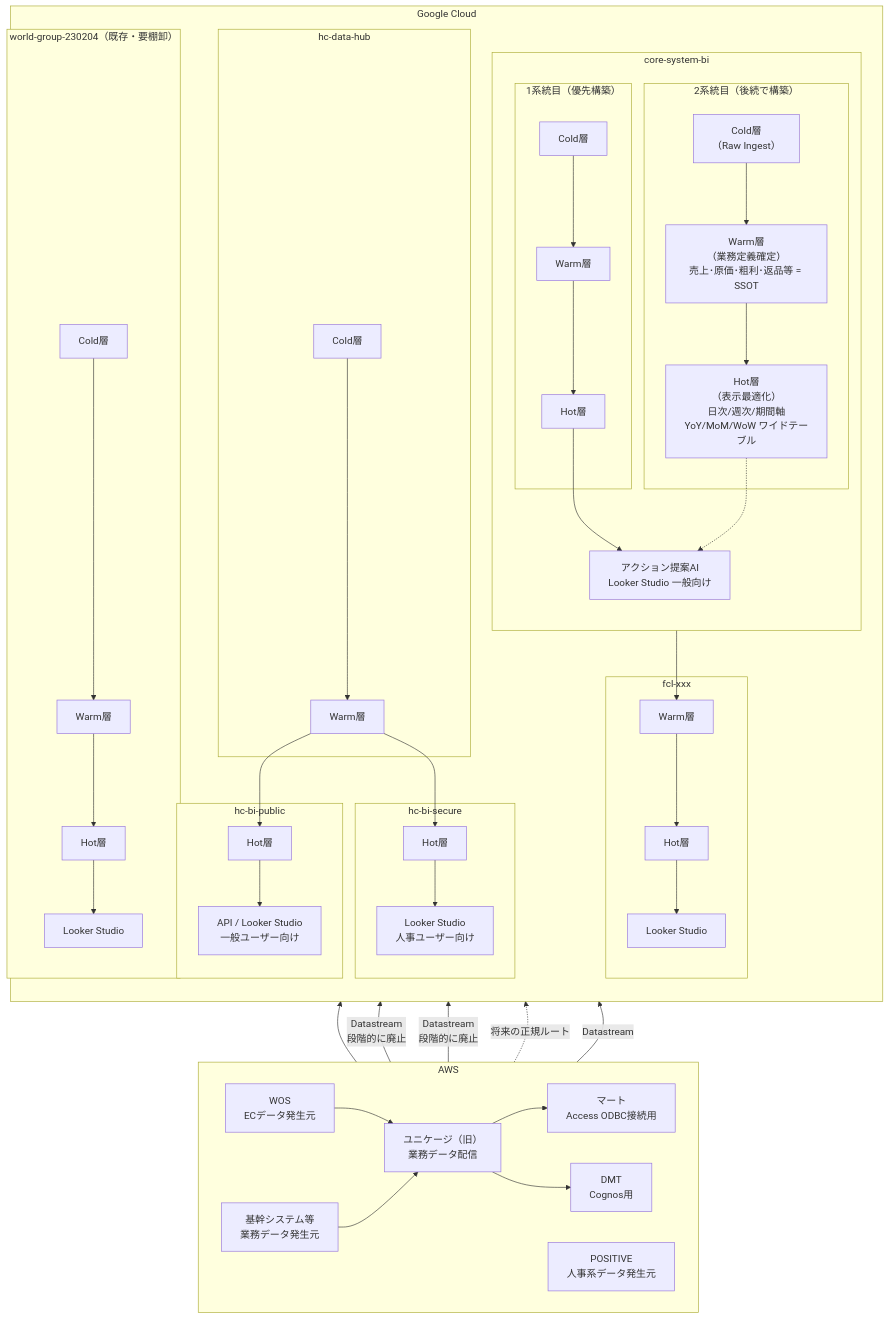
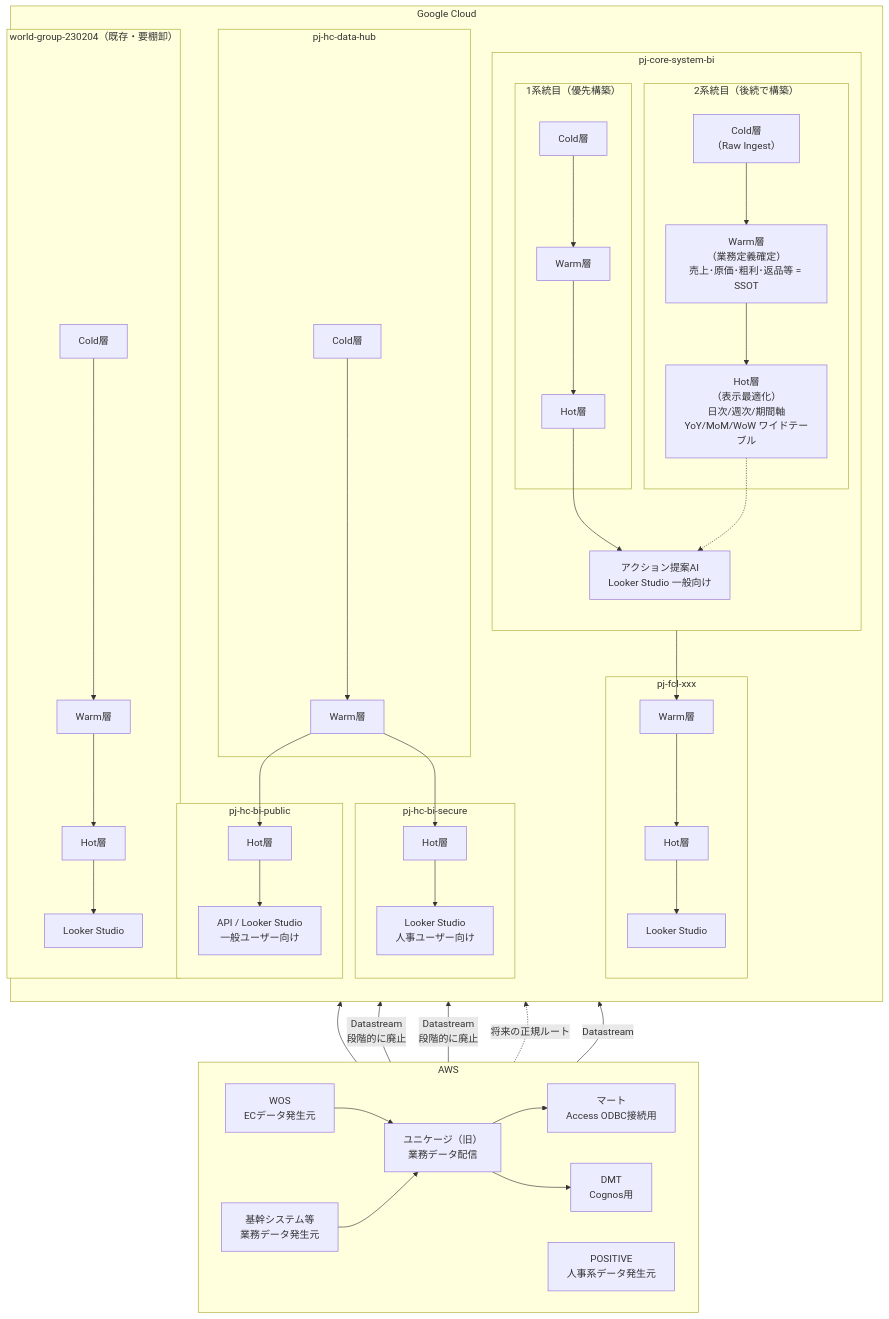
One commit to jhasegawa-01100687/bi-diagram changed the diagram in README.md. Above: the diagram before and after it, drawn with Mermaid.

Commit message:
docs: add 'pj-' prefix to GCP project subgraph IDs
Standardize subgraph naming convention by prefixing project identifiers
with 'pj-' for consistency and clarity in the architecture diagram.

```diff
--- a/README.md
+++ b/README.md
@@ -20,32 +20,32 @@
     subgraph GCP["Google Cloud"]
         direction TB
 
-        subgraph hc-data-hub["hc-data-hub"]
+        subgraph pj-hc-data-hub["pj-hc-data-hub"]
             DH_Cold["Cold層"]
             DH_Warm["Warm層"]
             DH_Cold --> DH_Warm
         end
 
-        subgraph hc-bi-public["hc-bi-public"]
+        subgraph pj-hc-bi-public["pj-hc-bi-public"]
             PUB_Hot["Hot層"]
             PUB_Out["API / Looker Studio<br/>一般ユーザー向け"]
             PUB_Hot --> PUB_Out
         end
 
-        subgraph hc-bi-secure["hc-bi-secure"]
+        subgraph pj-hc-bi-secure["pj-hc-bi-secure"]
             SEC_Hot["Hot層"]
             SEC_Out["Looker Studio<br/>人事ユーザー向け"]
             SEC_Hot --> SEC_Out
         end
 
-        subgraph fcl-xxx["fcl-xxx"]
+        subgraph pj-fcl-xxx["pj-fcl-xxx"]
             FCL_Warm["Warm層"]
             FCL_Hot["Hot層"]
             FCL_Out["Looker Studio"]
             FCL_Warm --> FCL_Hot --> FCL_Out
         end
 
-        subgraph core-system-bi["core-system-bi"]
+        subgraph pj-core-system-bi["pj-core-system-bi"]
             direction TB
             subgraph Stream2["2系統目（後続で構築）"]
                 S2_Cold["Cold層<br/>（Raw Ingest）"]
```
